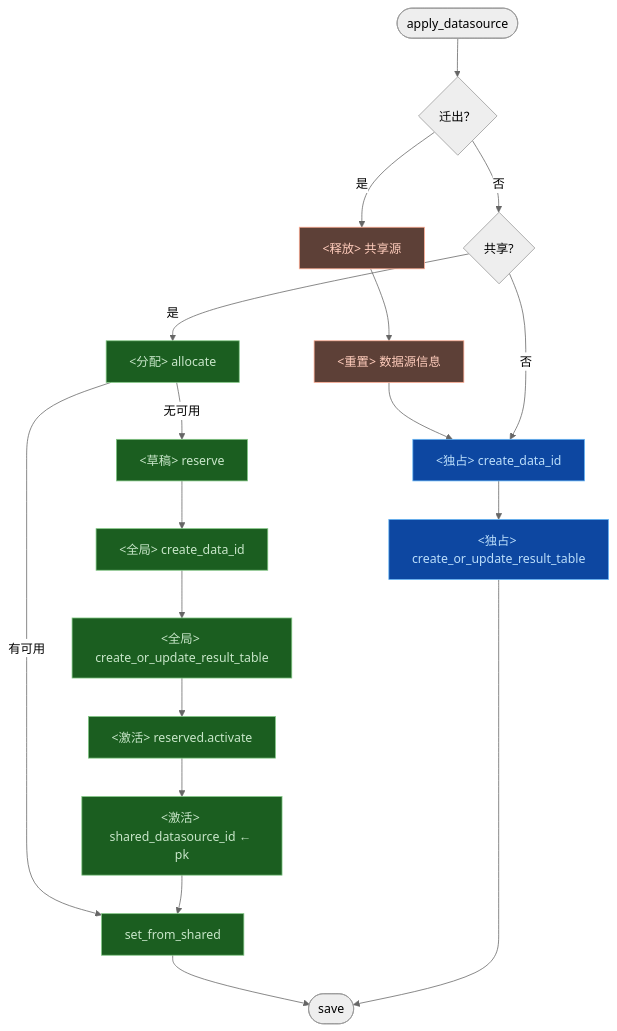
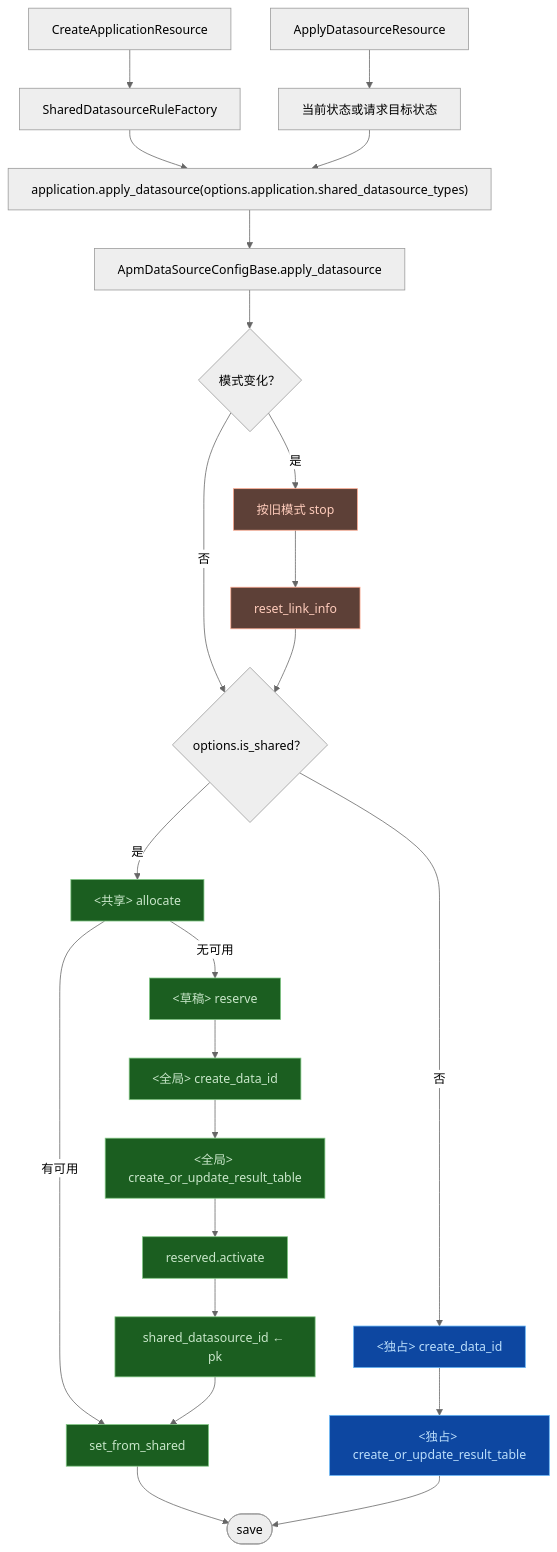
Before and after one commit to ZhuoZhuoCrayon/ai-workspace: the eighth of 10 diagrams in knowledge/bkmonitor/issues/2026-03-03-apm-shared-datasource/PLAN.md, drawn with Mermaid (neutral theme). The commit also changed other lines of this file and 3 other files, not shown here.

Commit message:
docs(knowledge): update apm shared datasource plan

````diff
--- a/knowledge/bkmonitor/issues/2026-03-03-apm-shared-datasource/PLAN.md
+++ b/knowledge/bkmonitor/issues/2026-03-03-apm-shared-datasource/PLAN.md
@@ -297,33 +316,39 @@
 ```mermaid
 flowchart TD
-    A([apply_datasource]) --> M{迁出？}
+    C0["CreateApplicationResource"] --> C1["SharedDatasourceRuleFactory"]
 
-    M -->|是| N[<释放> 共享源]
-    N --> O[<重置> 数据源信息]
-    O --> K[<独占> create_data_id]
+    A0["ApplyDatasourceResource"] --> A1["当前状态或请求目标状态"]
 
-    M -->|否| B{共享?}
+    C1 --> E["application.apply_datasource(options.application.shared_datasource_types)"]
+    A1 --> E
 
-    B -->|是| C[<分配> allocate]
-    C -->|有可用| D[set_from_shared]
-    C -->|无可用| E[<草稿> reserve]
-    E --> F[<全局> create_data_id]
-    F --> G[<全局> create_or_update_result_table]
-    G --> H[<激活> reserved.activate]
-    H --> I[<激活> shared_datasource_id ← pk]
-    I --> D
+    E --> F["ApmDataSourceConfigBase.apply_datasource"]
+    F --> M{"模式变化？"}
+    M -->|是| N["按旧模式 stop"]
+    N --> O["reset_link_info"]
+    M -->|否| B2{"options.is_shared？"}
+    O --> B2
 
-    B -->|否| K
-    K --> Q[<独占> create_or_update_result_table]
+    B2 -->|是| S1["<共享> allocate"]
+    S1 -->|有可用| S2["set_from_shared"]
+    S1 -->|无可用| S3["<草稿> reserve"]
+    S3 --> S4["<全局> create_data_id"]
+    S4 --> S5["<全局> create_or_update_result_table"]
+    S5 --> S6["reserved.activate"]
+    S6 --> S7["shared_datasource_id ← pk"]
+    S7 --> S2
 
-    D --> J([save])
-    Q --> J
+    B2 -->|否| D1["<独占> create_data_id"]
+    D1 --> D2["<独占> create_or_update_result_table"]
+
+    S2 --> J(["save"])
+    D2 --> J
 
     classDef migrate fill:#5d4037,stroke:#ffab91,color:#ffccbc
     classDef shared fill:#1b5e20,stroke:#81c784,color:#c8e6c9
     classDef dedicated fill:#0d47a1,stroke:#64b5f6,color:#bbdefb
 
     class N,O migrate
-    class C,D,E,F,G,H,I shared
-    class K,Q dedicated
+    class S1,S2,S3,S4,S5,S6,S7 shared
+    class D1,D2 dedicated
 ```
````
